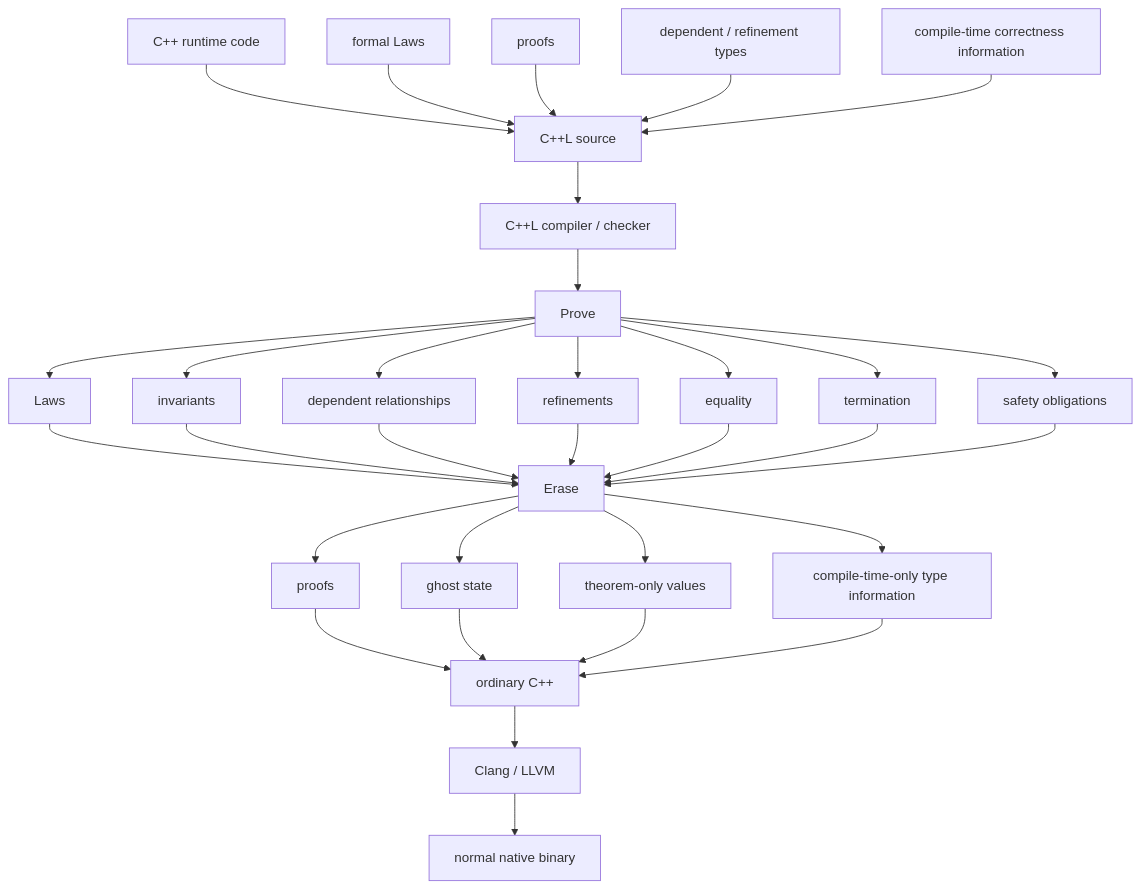
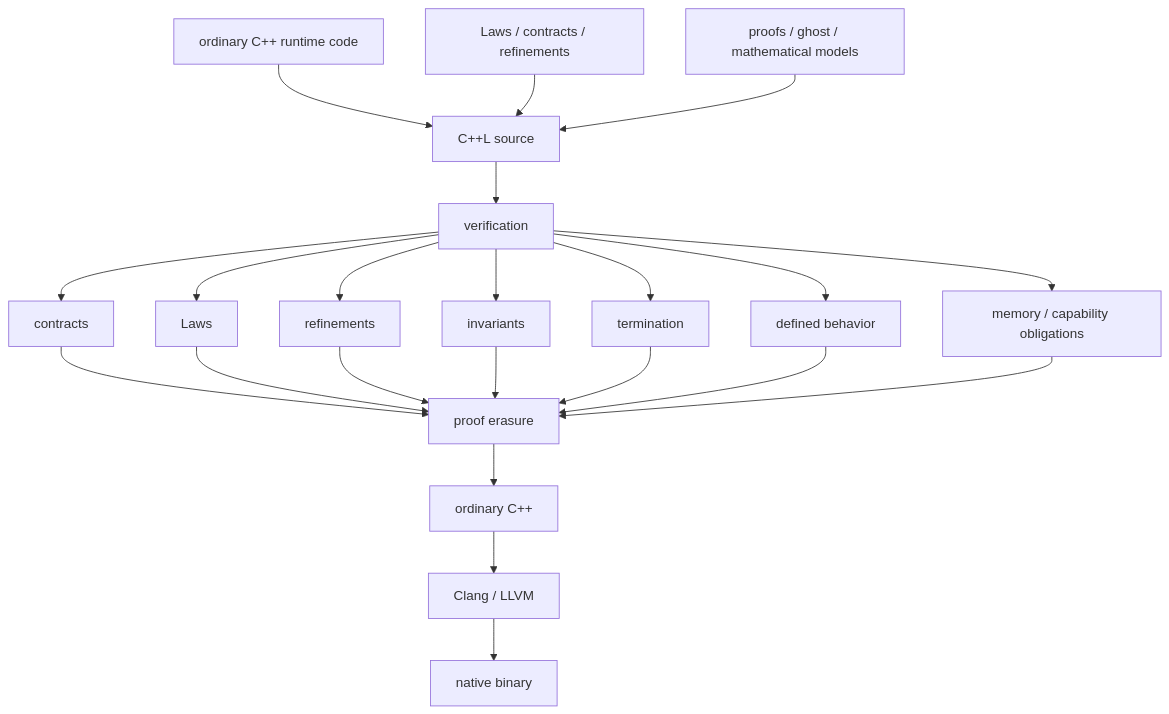
Before and after one commit to MattCCC/cppl: the diagram in README.md, drawn with Mermaid. The commit also changed other lines of this file, not shown here.

````diff
--- a/README.md
+++ b/README.md
@@ -202,49 +1031,34 @@
 ```mermaid
 flowchart TD
-    RUNTIME["C++ runtime code"]
-    LAWS["formal Laws"]
-    PROOFS["proofs"]
-    TYPES["dependent / refinement types"]
-    CTINFO["compile-time correctness information"]
+    CPP["ordinary C++ runtime code"]
+    SPEC["Laws / contracts / refinements"]
+    PROOF["proofs / ghost / mathematical models"]
 
     SRC["C++L source"]
 
-    RUNTIME --> SRC
-    LAWS --> SRC
-    PROOFS --> SRC
-    TYPES --> SRC
-    CTINFO --> SRC
+    CPP --> SRC
+    SPEC --> SRC
+    PROOF --> SRC
 
-    SRC --> CHECKER["C++L compiler / checker"]
+    SRC --> VERIFY["verification"]
 
-    CHECKER --> PROVE["Prove"]
+    VERIFY --> O1["contracts"]
+    VERIFY --> O2["Laws"]
+    VERIFY --> O3["refinements"]
+    VERIFY --> O4["invariants"]
+    VERIFY --> O5["termination"]
+    VERIFY --> O6["defined behavior"]
+    VERIFY --> O7["memory / capability obligations"]
 
-    PROVE --> P1["Laws"]
-    PROVE --> P2["invariants"]
-    PROVE --> P3["dependent relationships"]
-    PROVE --> P4["refinements"]
-    PROVE --> P5["equality"]
-    PROVE --> P6["termination"]
-    PROVE --> P7["safety obligations"]
+    O1 --> ERASE["proof erasure"]
+    O2 --> ERASE
+    O3 --> ERASE
+    O4 --> ERASE
+    O5 --> ERASE
+    O6 --> ERASE
+    O7 --> ERASE
 
-    P1 --> ERASE["Erase"]
-    P2 --> ERASE
-    P3 --> ERASE
-    P4 --> ERASE
-    P5 --> ERASE
-    P6 --> ERASE
-    P7 --> ERASE
-
-    ERASE --> E1["proofs"]
-    ERASE --> E2["ghost state"]
-    ERASE --> E3["theorem-only values"]
-    ERASE --> E4["compile-time-only type information"]
-
-    E1 --> CPP["ordinary C++"]
-    E2 --> CPP
-    E3 --> CPP
-    E4 --> CPP
-
-    CPP --> CLANG["Clang / LLVM"]
-    CLANG --> BIN["normal native binary"]
+    ERASE --> OUT["ordinary C++"]
+    OUT --> CLANG["Clang / LLVM"]
+    CLANG --> BIN["native binary"]
 ```
````
